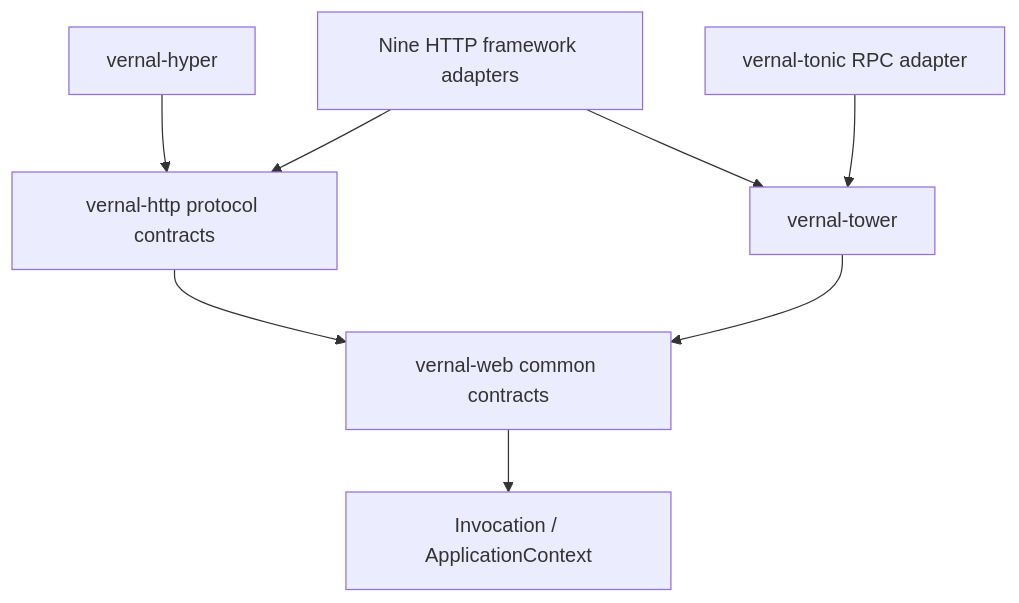
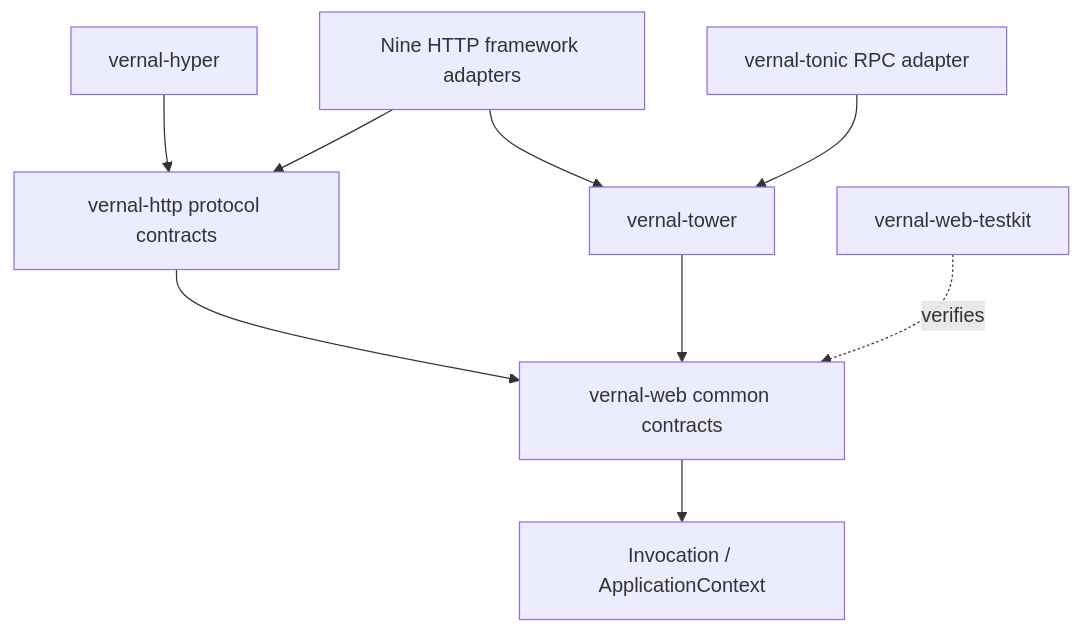
Before and after one commit to easy-4-rust/vernal: diagram 11 of 13 in docs/Vernal-Architecture.md, drawn with Mermaid. The commit also changed other lines of this file and 64 other files, not shown here.

````diff
--- a/docs/Vernal-Architecture.md
+++ b/docs/Vernal-Architecture.md
@@ -648,18 +652,20 @@
 ```mermaid
 flowchart TD
     Core["Invocation / ApplicationContext"]
     Web["vernal-web common contracts"]
     Http["vernal-http protocol contracts"]
     Tower["vernal-tower"]
     Hyper["vernal-hyper"]
+    Testkit["vernal-web-testkit"]
     HttpAdapters["Nine HTTP framework adapters"]
     Tonic["vernal-tonic RPC adapter"]
 
     Web --> Core
     Http --> Web
     Tower --> Web
     Hyper --> Http
+    Testkit -. verifies .-> Web
     HttpAdapters --> Http
     HttpAdapters --> Tower
     Tonic --> Tower
 ```
````
